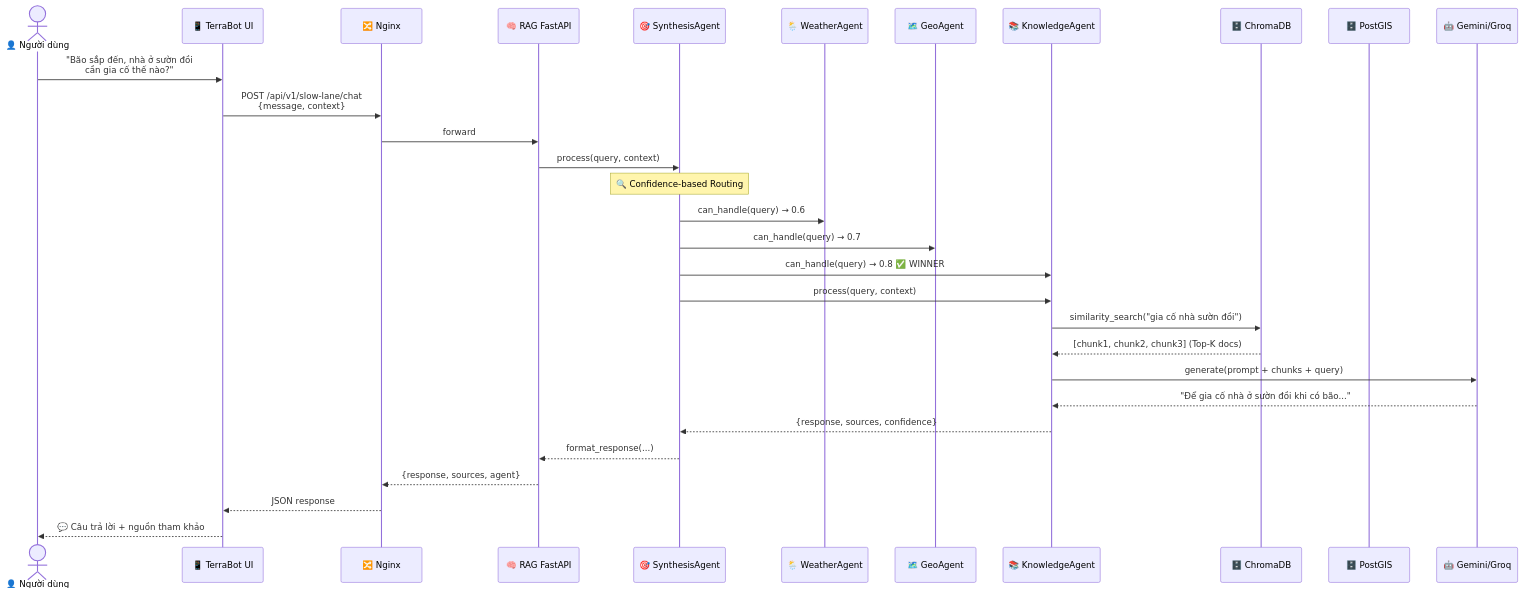
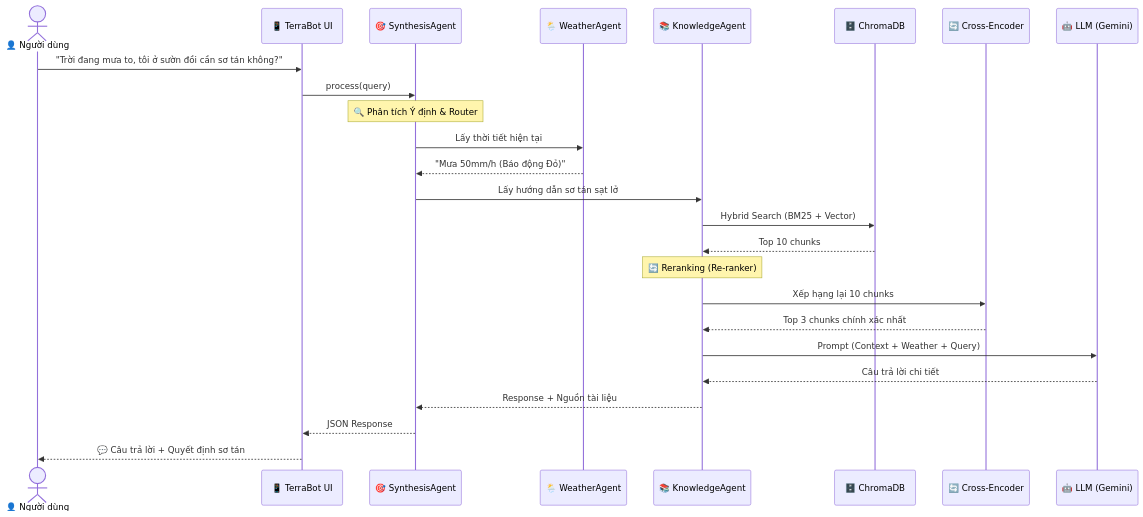
One commit to minhduc01168/rag-natural-disaster changed the third of 5 diagrams in docs/architecture.md. Above: the diagram before and after it, drawn with Mermaid. The commit also changed other lines of this file and 57 other files, not shown here.

Commit message:
docs: Update architecture and documentation for Agentic RAG pivot

````diff
--- a/docs/architecture.md
+++ b/docs/architecture.md
@@ -202,39 +171,33 @@
 ```mermaid
 sequenceDiagram
     actor User as 👤 Người dùng
     participant FE as 📱 TerraBot UI
-    participant GW as 🔀 Nginx
-    participant RA as 🧠 RAG FastAPI
     participant SA as 🎯 SynthesisAgent
     participant WA as 🌦️ WeatherAgent
-    participant GA as 🗺️ GeoAgent
     participant KA as 📚 KnowledgeAgent
-    participant CH as 🗄️ ChromaDB
-    participant PG as 🗄️ PostGIS
-    participant LLM as 🤖 Gemini/Groq
+    participant VDB as 🗄️ ChromaDB
+    participant RER as 🔄 Cross-Encoder
+    participant LLM as 🤖 LLM (Gemini)
 
-    User ->> FE: "Bão sắp đến, nhà ở sườn đồi<br/>cần gia cố thế nào?"
-    FE ->> GW: POST /api/v1/slow-lane/chat<br/>{message, context}
-    GW ->> RA: forward
-
-    RA ->> SA: process(query, context)
+    User ->> FE: "Trời đang mưa to, tôi ở sườn đồi cần sơ tán không?"
+    FE ->> SA: process(query)
     
-    note over SA: 🔍 Confidence-based Routing
-    SA ->> WA: can_handle(query) → 0.6
-    SA ->> GA: can_handle(query) → 0.7
-    SA ->> KA: can_handle(query) → 0.8 ✅ WINNER
-
-    SA ->> KA: process(query, context)
+    note over SA: 🔍 Phân tích Ý định & Router
+    SA ->> WA: Lấy thời tiết hiện tại
+    WA -->> SA: "Mưa 50mm/h (Báo động Đỏ)"
     
-    KA ->> CH: similarity_search("gia cố nhà sườn đồi")
-    CH -->> KA: [chunk1, chunk2, chunk3] (Top-K docs)
+    SA ->> KA: Lấy hướng dẫn sơ tán sạt lở
+    KA ->> VDB: Hybrid Search (BM25 + Vector)
+    VDB -->> KA: Top 10 chunks
     
-    KA ->> LLM: generate(prompt + chunks + query)
-    LLM -->> KA: "Để gia cố nhà ở sườn đồi khi có bão..."
-
-    KA -->> SA: {response, sources, confidence}
-    SA -->> RA: format_response(...)
-    RA -->> GW: {response, sources, agent}
-    GW -->> FE: JSON response
-    FE -->> User: 💬 Câu trả lời + nguồn tham khảo
+    note over KA: 🔄 Reranking (Re-ranker)
+    KA ->> RER: Xếp hạng lại 10 chunks
+    RER -->> KA: Top 3 chunks chính xác nhất
+    
+    KA ->> LLM: Prompt (Context + Weather + Query)
+    LLM -->> KA: Câu trả lời chi tiết
+    
+    KA -->> SA: Response + Nguồn tài liệu
+    SA -->> FE: JSON Response
+    FE -->> User: 💬 Câu trả lời + Quyết định sơ tán
 ```
````
